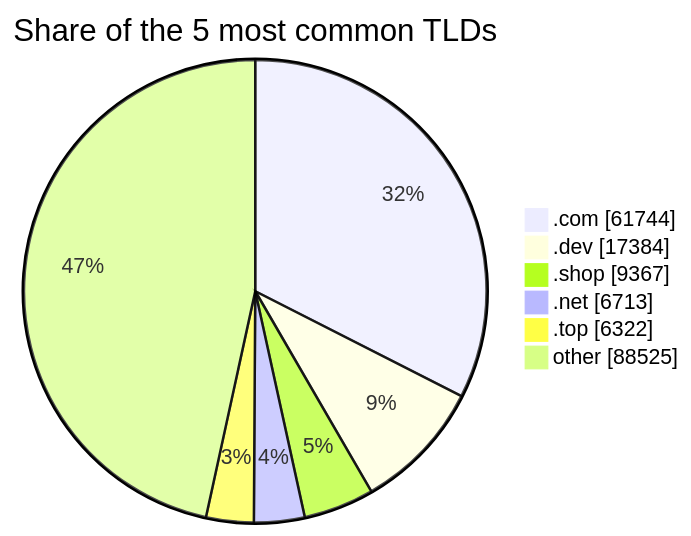
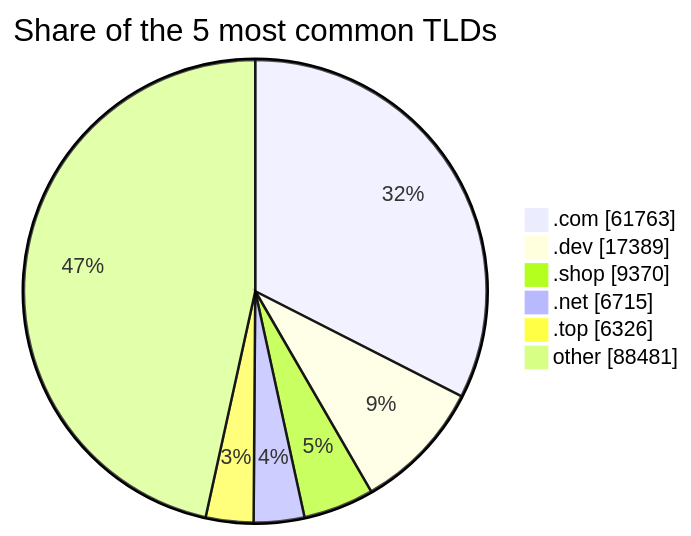
The third of 3 diagrams in README.md (DNSBunker/CTI), drawn with Mermaid before and after one commit. The commit also changed other lines of this file and 3 other files, not shown here.

````diff
--- a/README.md
+++ b/README.md
@@ -81,9 +81,9 @@
 ```mermaid
 pie showData title Share of the 5 most common TLDs
-    ".com" : 61744
-    ".dev" : 17384
-    ".shop" : 9367
-    ".net" : 6713
-    ".top" : 6322
-    "other" : 88525
+    ".com" : 61763
+    ".dev" : 17389
+    ".shop" : 9370
+    ".net" : 6715
+    ".top" : 6326
+    "other" : 88481
 ```
````
